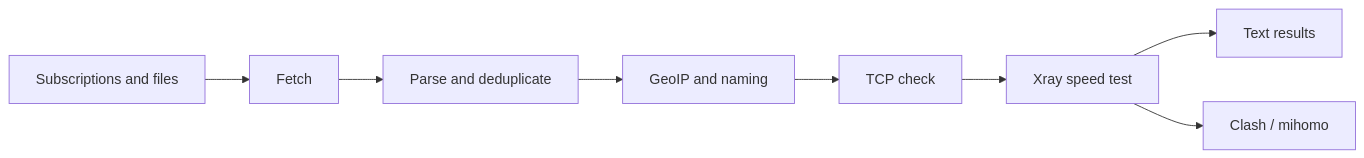
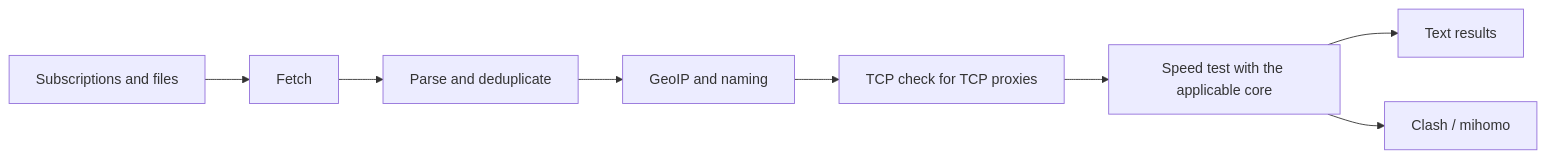
One commit to adamantida/proxyRepoChecker-rs changed the diagram in README.en.md. Above: the diagram before and after it, drawn with Mermaid. The commit also changed other lines of this file and 40 other files, not shown here.

````diff
--- a/README.en.md
+++ b/README.en.md
@@ -19,10 +19,10 @@
 ```mermaid
 flowchart LR
     A[Subscriptions and files] --> B[Fetch]
     B --> C[Parse and deduplicate]
     C --> D[GeoIP and naming]
-    D --> E[TCP check]
-    E --> F[Xray speed test]
+    D --> E[TCP check for TCP proxies]
+    E --> F[Speed test with the applicable core]
     F --> G[Text results]
     F --> H[Clash / mihomo]
 ```
````
